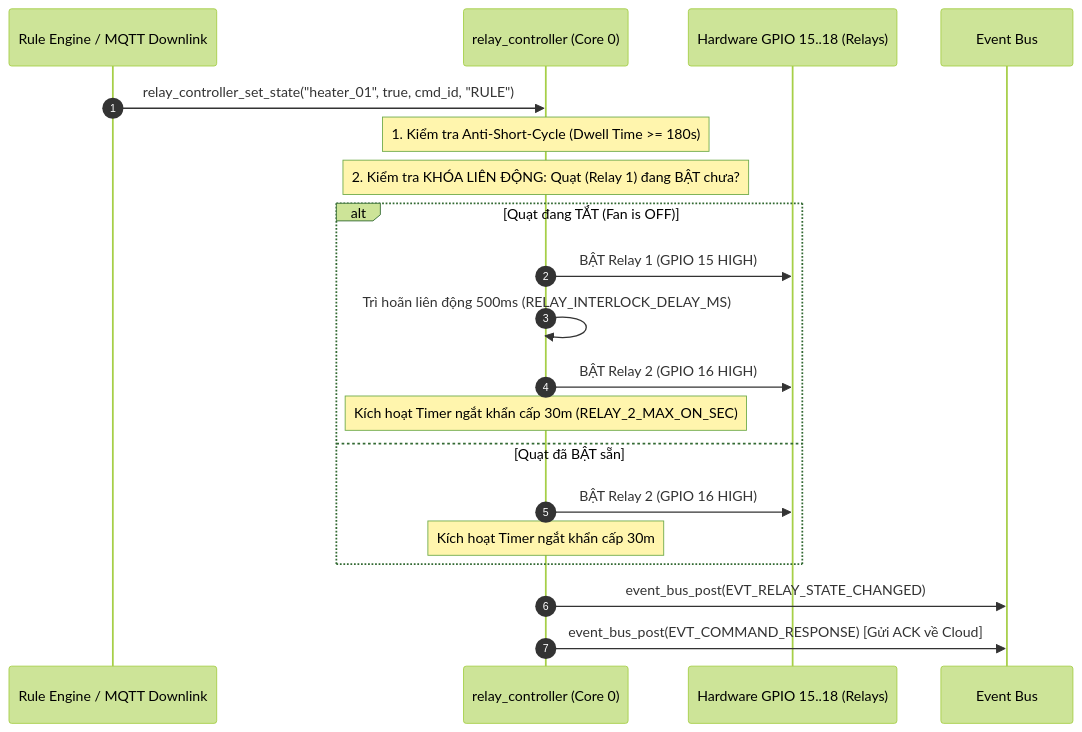
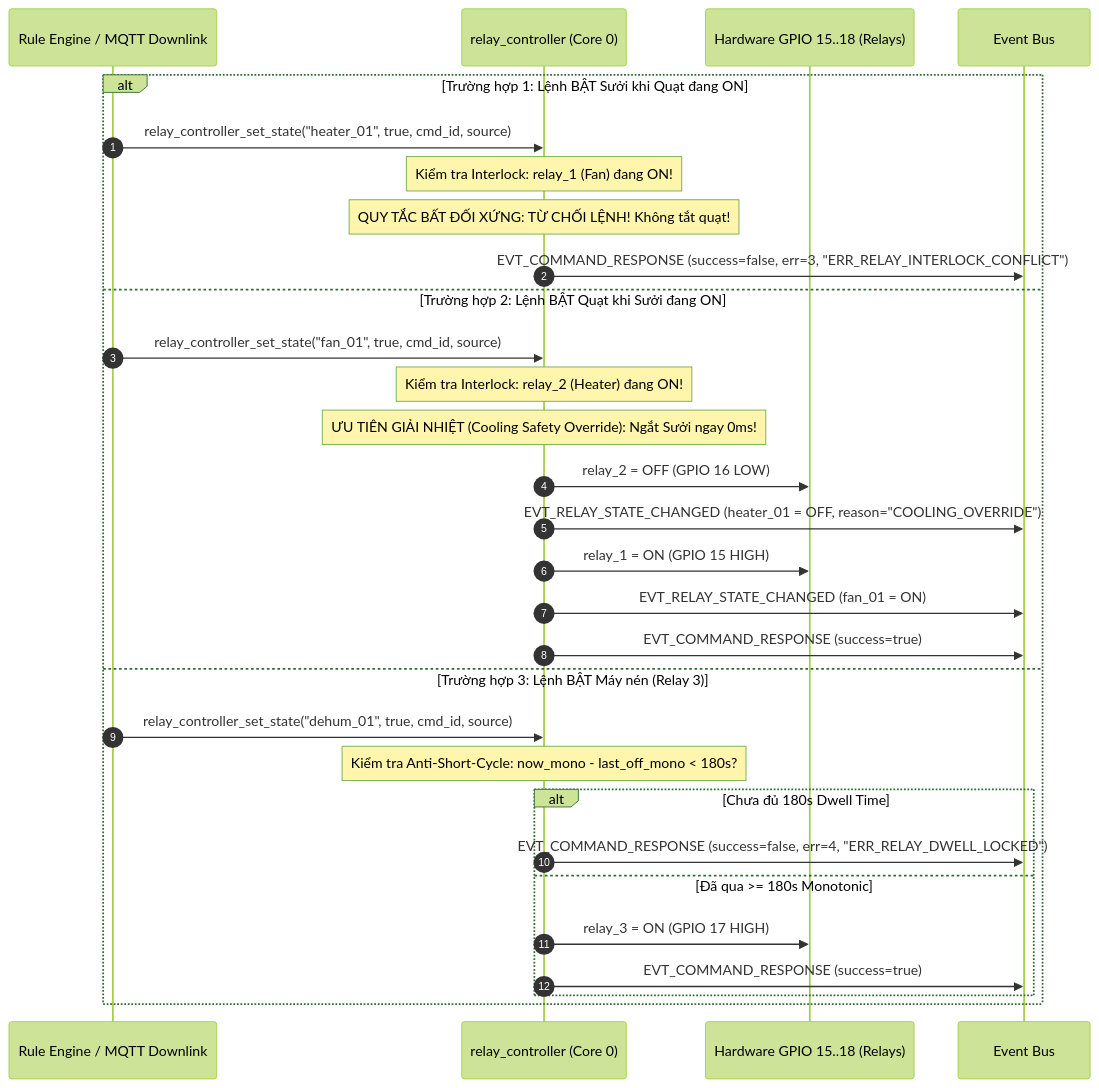
The fourth of 7 diagrams in docs/architecture/02-subsystems-and-interfaces.md (mrhan68/Gateway_Clock), drawn with Mermaid (forest theme) before and after one commit. The commit also changed other lines of this file and 22 other files, not shown here.

````diff
--- a/docs/architecture/02-subsystems-and-interfaces.md
+++ b/docs/architecture/02-subsystems-and-interfaces.md
@@ -173,23 +187,33 @@
 ```mermaid
 sequenceDiagram
     autonumber
     participant Engine as Rule Engine / MQTT Downlink
     participant Controller as relay_controller (Core 0)
     participant HW as Hardware GPIO 15..18 (Relays)
     participant Bus as Event Bus
 
-    Engine->>Controller: relay_controller_set_state("heater_01", true, cmd_id, "RULE")
-    Note over Controller: 1. Kiểm tra Anti-Short-Cycle (Dwell Time >= 180s)
-    Note over Controller: 2. Kiểm tra KHÓA LIÊN ĐỘNG: Quạt (Relay 1) đang BẬT chưa?
-    alt Quạt đang TẮT (Fan is OFF)
-        Controller->>HW: BẬT Relay 1 (GPIO 15 HIGH)
-        Controller->>Controller: Trì hoãn liên động 500ms (RELAY_INTERLOCK_DELAY_MS)
-        Controller->>HW: BẬT Relay 2 (GPIO 16 HIGH)
-        Note over Controller: Kích hoạt Timer ngắt khẩn cấp 30m (RELAY_2_MAX_ON_SEC)
-    else Quạt đã BẬT sẵn
-        Controller->>HW: BẬT Relay 2 (GPIO 16 HIGH)
-        Note over Controller: Kích hoạt Timer ngắt khẩn cấp 30m
+    alt Trường hợp 1: Lệnh BẬT Sưởi khi Quạt đang ON
+        Engine->>Controller: relay_controller_set_state("heater_01", true, cmd_id, source)
+        Note over Controller: Kiểm tra Interlock: relay_1 (Fan) đang ON!
+        Note over Controller: QUY TẮC BẤT ĐỐI XỨNG: TỪ CHỐI LỆNH! Không tắt quạt!
+        Controller->>Bus: EVT_COMMAND_RESPONSE (success=false, err=3, "ERR_RELAY_INTERLOCK_CONFLICT")
+    else Trường hợp 2: Lệnh BẬT Quạt khi Sưởi đang ON
+        Engine->>Controller: relay_controller_set_state("fan_01", true, cmd_id, source)
+        Note over Controller: Kiểm tra Interlock: relay_2 (Heater) đang ON!
+        Note over Controller: ƯU TIÊN GIẢI NHIỆT (Cooling Safety Override): Ngắt Sưởi ngay 0ms!
+        Controller->>HW: relay_2 = OFF (GPIO 16 LOW)
+        Controller->>Bus: EVT_RELAY_STATE_CHANGED (heater_01 = OFF, reason="COOLING_OVERRIDE")
+        Controller->>HW: relay_1 = ON (GPIO 15 HIGH)
+        Controller->>Bus: EVT_RELAY_STATE_CHANGED (fan_01 = ON)
+        Controller->>Bus: EVT_COMMAND_RESPONSE (success=true)
+    else Trường hợp 3: Lệnh BẬT Máy nén (Relay 3)
+        Engine->>Controller: relay_controller_set_state("dehum_01", true, cmd_id, source)
+        Note over Controller: Kiểm tra Anti-Short-Cycle: now_mono - last_off_mono < 180s?
+        alt Chưa đủ 180s Dwell Time
+            Controller->>Bus: EVT_COMMAND_RESPONSE (success=false, err=4, "ERR_RELAY_DWELL_LOCKED")
+        else Đã qua >= 180s Monotonic
+            Controller->>HW: relay_3 = ON (GPIO 17 HIGH)
+            Controller->>Bus: EVT_COMMAND_RESPONSE (success=true)
+        end
     end
-    Controller->>Bus: event_bus_post(EVT_RELAY_STATE_CHANGED)
-    Controller->>Bus: event_bus_post(EVT_COMMAND_RESPONSE) [Gửi ACK về Cloud]
 ```
````
